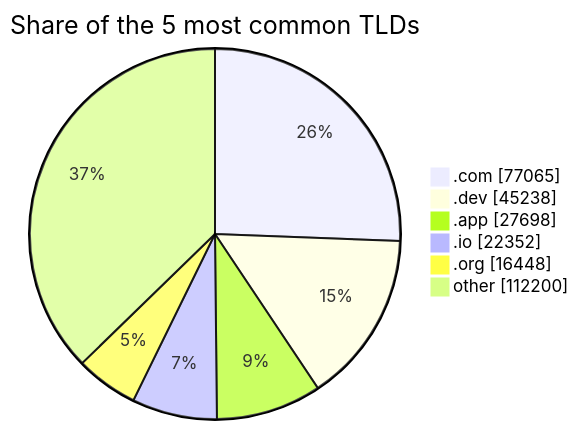
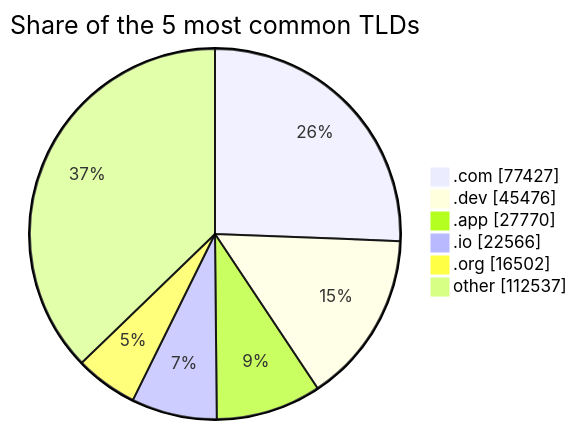
One commit to DNSBunker/CTI changed the third of 3 diagrams in README.md. Above: the diagram before and after it, drawn with Mermaid. The commit also changed other lines of this file and 3 other files, not shown here.

````diff
--- a/README.md
+++ b/README.md
@@ -81,9 +81,9 @@
 ```mermaid
 pie showData title Share of the 5 most common TLDs
-    ".com" : 77065
-    ".dev" : 45238
-    ".app" : 27698
-    ".io" : 22352
-    ".org" : 16448
-    "other" : 112200
+    ".com" : 77427
+    ".dev" : 45476
+    ".app" : 27770
+    ".io" : 22566
+    ".org" : 16502
+    "other" : 112537
 ```
````
